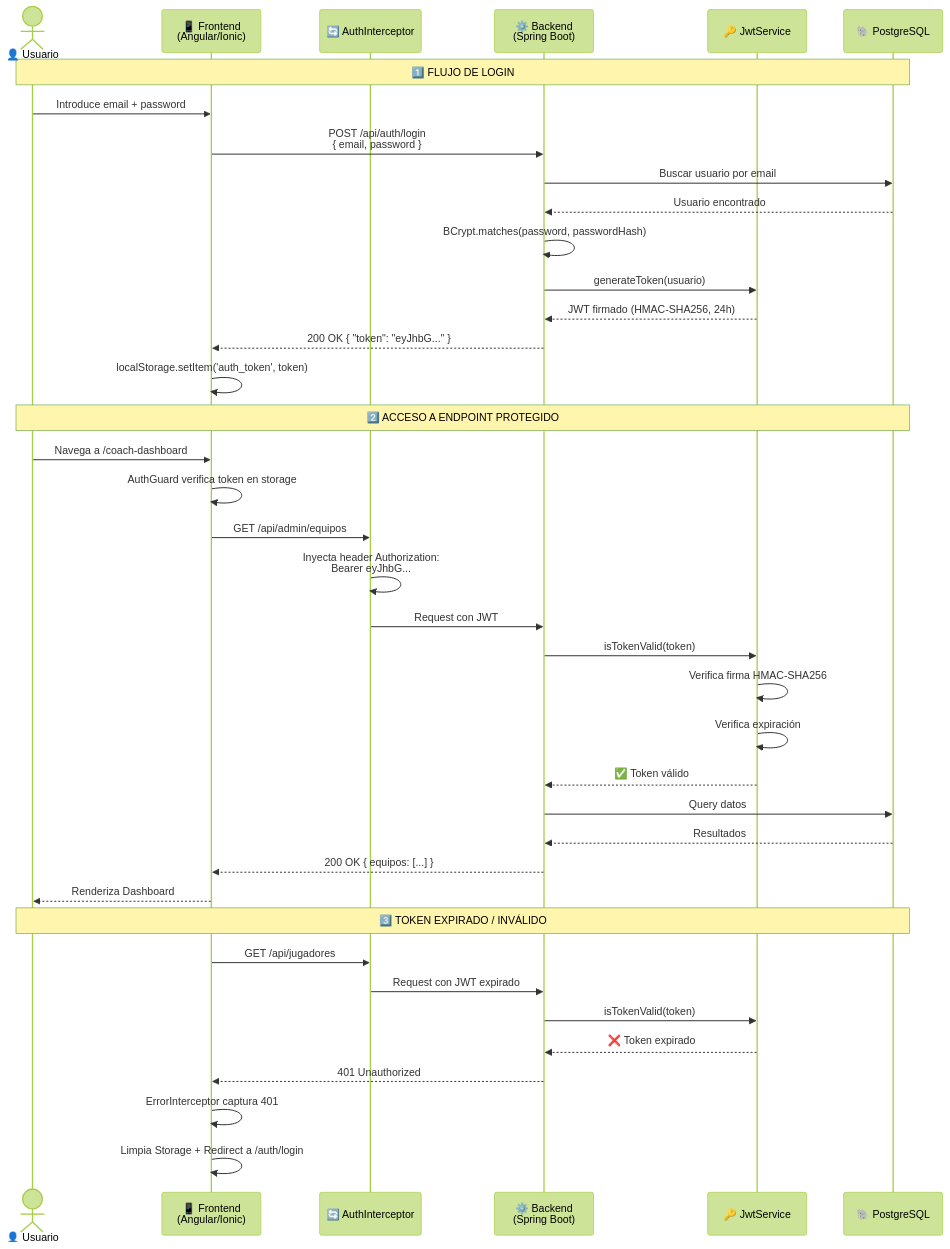
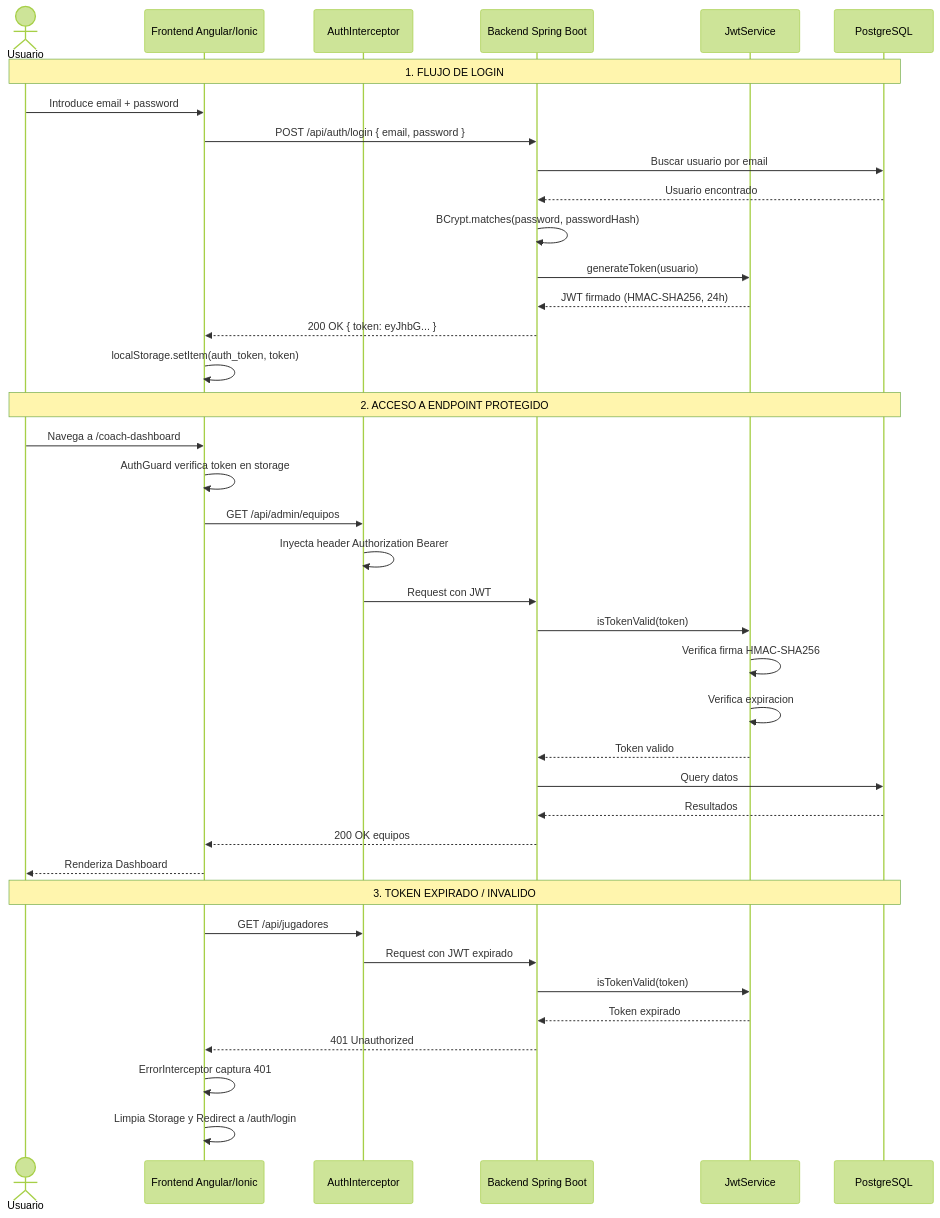
Before and after one commit to Sestmar/TFG-SergioEstudillo: the third of 3 diagrams in README.md, drawn with Mermaid (forest theme). The commit also changed other lines of this file and 3 other files, not shown here.

````diff
--- a/README.md
+++ b/README.md
@@ -213,47 +213,47 @@
 ```mermaid
 sequenceDiagram
-    actor U as 👤 Usuario
-    participant F as 📱 Frontend<br/>(Angular/Ionic)
-    participant I as 🔄 AuthInterceptor
-    participant B as ⚙️ Backend<br/>(Spring Boot)
-    participant S as 🔑 JwtService
-    participant DB as 🐘 PostgreSQL
+    actor U as Usuario
+    participant F as Frontend Angular/Ionic
+    participant I as AuthInterceptor
+    participant B as Backend Spring Boot
+    participant S as JwtService
+    participant DB as PostgreSQL
 
-    Note over U,DB: 1️⃣ FLUJO DE LOGIN
+    Note over U,DB: 1. FLUJO DE LOGIN
 
     U->>F: Introduce email + password
-    F->>B: POST /api/auth/login<br/>{ email, password }
+    F->>B: POST /api/auth/login { email, password }
     B->>DB: Buscar usuario por email
     DB-->>B: Usuario encontrado
     B->>B: BCrypt.matches(password, passwordHash)
     B->>S: generateToken(usuario)
     S-->>B: JWT firmado (HMAC-SHA256, 24h)
-    B-->>F: 200 OK { "token": "eyJhbG..." }
-    F->>F: localStorage.setItem('auth_token', token)
+    B-->>F: 200 OK { token: eyJhbG... }
+    F->>F: localStorage.setItem(auth_token, token)
 
-    Note over U,DB: 2️⃣ ACCESO A ENDPOINT PROTEGIDO
+    Note over U,DB: 2. ACCESO A ENDPOINT PROTEGIDO
 
     U->>F: Navega a /coach-dashboard
     F->>F: AuthGuard verifica token en storage
     F->>I: GET /api/admin/equipos
-    I->>I: Inyecta header Authorization:<br/>Bearer eyJhbG...
+    I->>I: Inyecta header Authorization Bearer
     I->>B: Request con JWT
     B->>S: isTokenValid(token)
     S->>S: Verifica firma HMAC-SHA256
-    S->>S: Verifica expiración
-    S-->>B: ✅ Token válido
+    S->>S: Verifica expiracion
+    S-->>B: Token valido
     B->>DB: Query datos
     DB-->>B: Resultados
-    B-->>F: 200 OK { equipos: [...] }
+    B-->>F: 200 OK equipos
     F-->>U: Renderiza Dashboard
 
-    Note over U,DB: 3️⃣ TOKEN EXPIRADO / INVÁLIDO
+    Note over U,DB: 3. TOKEN EXPIRADO / INVALIDO
 
     F->>I: GET /api/jugadores
     I->>B: Request con JWT expirado
     B->>S: isTokenValid(token)
-    S-->>B: ❌ Token expirado
+    S-->>B: Token expirado
     B-->>F: 401 Unauthorized
     F->>F: ErrorInterceptor captura 401
-    F->>F: Limpia Storage + Redirect a /auth/login
+    F->>F: Limpia Storage y Redirect a /auth/login
 ```
````
